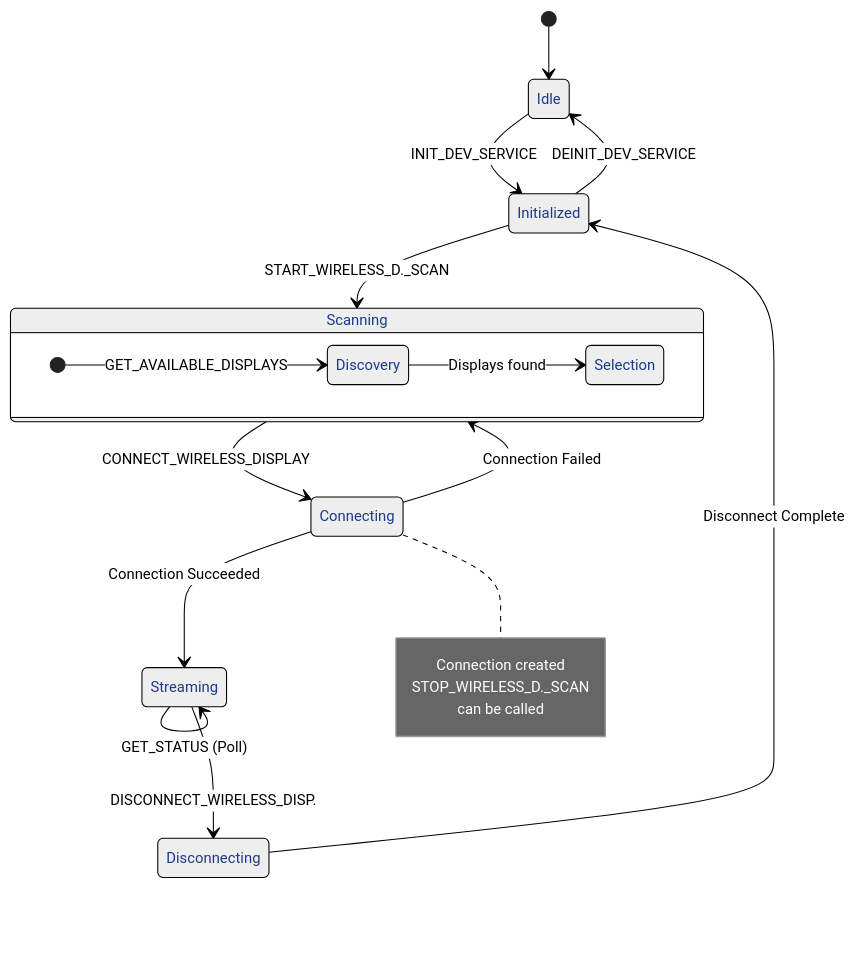
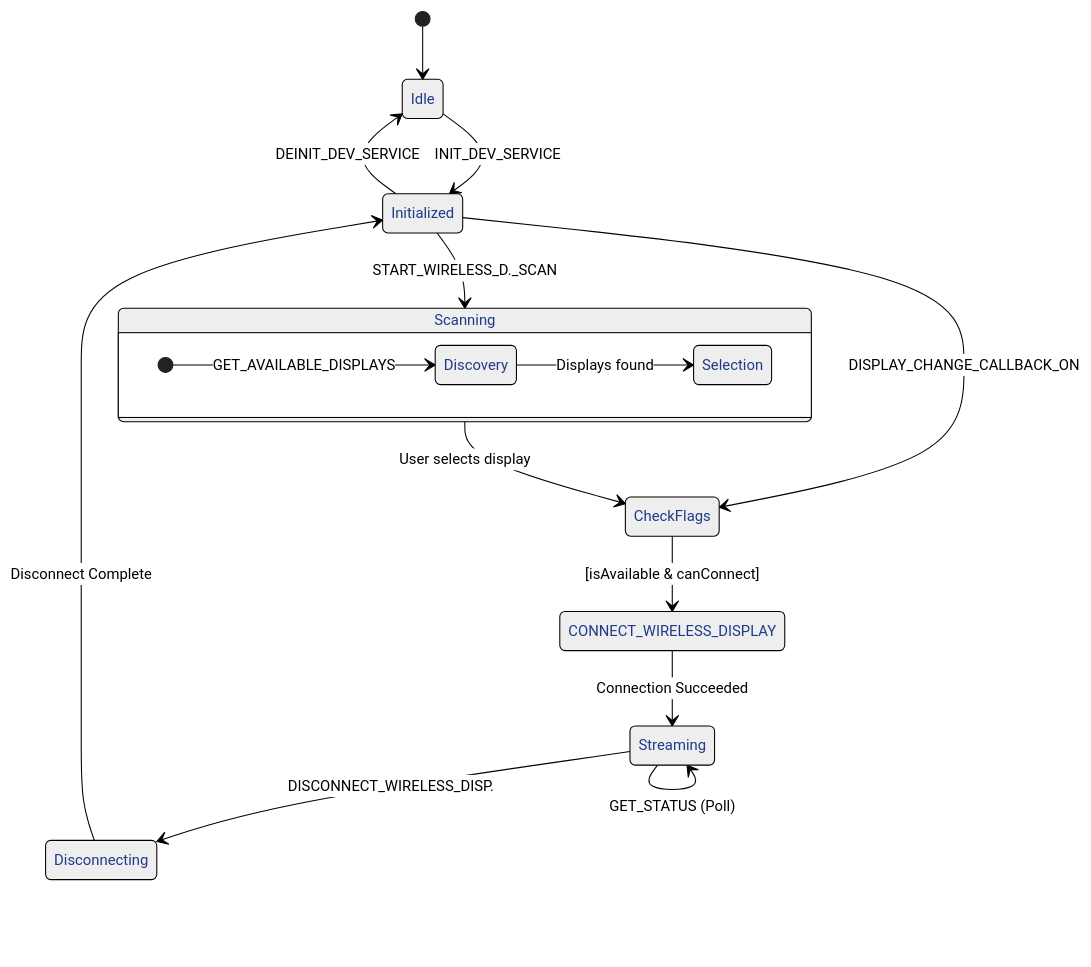
One commit to NDZL/ZEC500-ZWDS-API-EXERCISER changed the diagram in README.md. Above: the diagram before and after it, drawn with Mermaid. The commit also changed other lines of this file, not shown here.

````diff
--- a/README.md
+++ b/README.md
@@ -68,41 +97,42 @@
 ```mermaid
 %%{init: { 
   "theme": "neutral", 
   "themeVariables": { 
     "fontFamily": "Courier New, monospace",
     "fontSize": "14px",
     "primaryColor": "#9acd32",
     "primaryBorderColor": "#1E3A8A",
     "primaryTextColor": "#1E3A8A"
   } 
 }}%%
 stateDiagram-v2
 
     [*] --> Idle
     Idle --> Initialized : INIT_DEV_SERVICE
 
+    Initialized --> CheckFlags : DISPLAY_CHANGE_CALLBACK_ON
+
+    Initialized --> Idle : DEINIT_DEV_SERVICE
     Initialized --> Scanning : START_WIRELESS_D._SCAN
-    Initialized --> Idle : DEINIT_DEV_SERVICE
 
     state Scanning {
         direction LR
         [*] --> Discovery : GET_AVAILABLE_DISPLAYS
         Discovery --> Selection : Displays found
     }
 
-    Scanning --> Connecting : CONNECT_WIRELESS_DISPLAY
+    Scanning --> CheckFlags : User selects display
     
+
+    state CheckFlags <<choice>>
+    CheckFlags --> Connecting : [isAvailable & canConnect]
+
+
+    Connecting : CONNECT_WIRELESS_DISPLAY
     Connecting --> Streaming : Connection Succeeded
-    note right of Connecting
-        Connection created
-        STOP_WIRELESS_D._SCAN 
-        can be called
-    end note
-    
-    Connecting --> Scanning : Connection Failed
 
     Streaming --> Streaming : GET_STATUS (Poll)
     Streaming --> Disconnecting : DISCONNECT_WIRELESS_DISP.
 
     Disconnecting --> Initialized : Disconnect Complete
 ```
````
